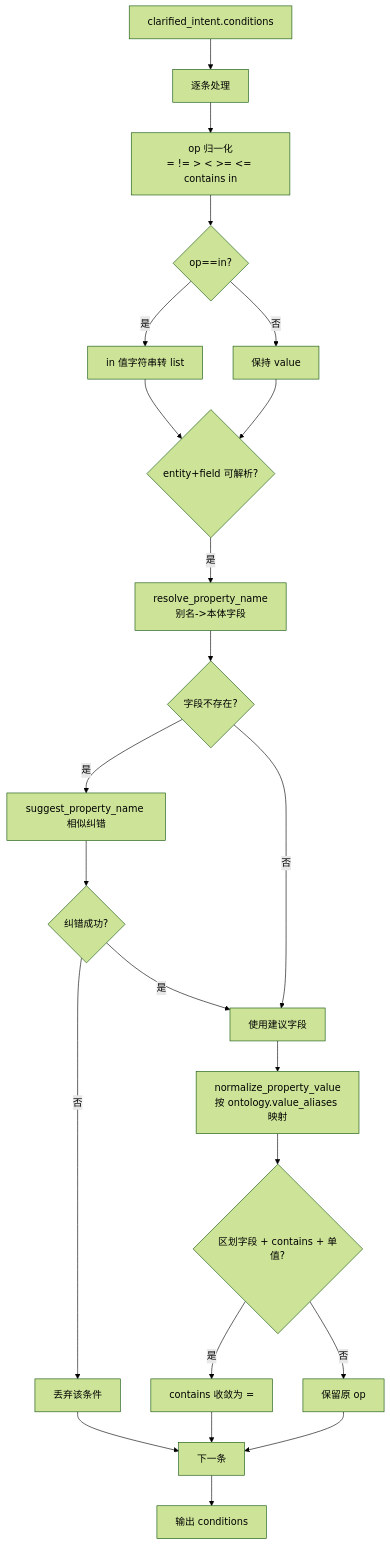
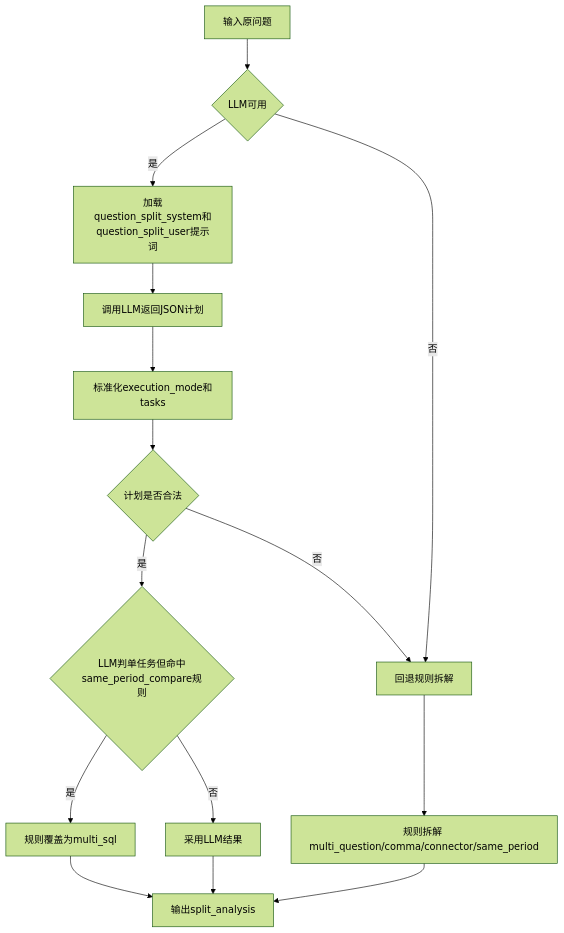
One commit to fengjianhuaxin/testtodsl changed the second of 8 diagrams in docs/pipeline_flow_detailed.md. Above: the diagram before and after it, drawn with Mermaid (forest theme). The commit also changed other lines of this file, not shown here.

Commit message:
docs: refresh pipeline flowchart for split planner and inner/left join

````diff
--- a/docs/pipeline_flow_detailed.md
+++ b/docs/pipeline_flow_detailed.md
@@ -94,32 +35,20 @@
 ```mermaid
 flowchart TD
-    B0[clarified_intent.conditions] --> B1[逐条处理]
-    B1 --> B2[op 归一化
-= != > < >= <= contains in]
-    B2 --> B3{op==in?}
-    B3 -- 是 --> B4[in 值字符串转 list]
-    B3 -- 否 --> B5[保持 value]
-    B4 --> B6
-    B5 --> B6
+    A0[输入原问题] --> A1{LLM可用}
 
-    B6{entity+field 可解析?}
-    B6 -- 是 --> B7[resolve_property_name
-别名->本体字段]
-    B7 --> B8{字段不存在?}
-    B8 -- 是 --> B9[suggest_property_name 相似纠错]
-    B9 --> B10{纠错成功?}
-    B10 -- 否 --> B11[丢弃该条件]
-    B10 -- 是 --> B12[使用建议字段]
-    B8 -- 否 --> B12
+    A1 -- 是 --> B1[加载question_split_system和question_split_user提示词]
+    B1 --> B2[调用LLM返回JSON计划]
+    B2 --> B3[标准化execution_mode和tasks]
+    B3 --> B4{计划是否合法}
+    B4 -- 否 --> C1[回退规则拆解]
+    B4 -- 是 --> B5{LLM判单任务但命中same_period_compare规则}
+    B5 -- 是 --> B6[规则覆盖为multi_sql]
+    B5 -- 否 --> B7[采用LLM结果]
 
-    B12 --> B13[normalize_property_value
-按 ontology.value_aliases 映射]
-    B13 --> B14{区划字段 + contains + 单值?}
-    B14 -- 是 --> B15[contains 收敛为 =]
-    B14 -- 否 --> B16[保留原 op]
+    A1 -- 否 --> C1
 
-    B11 --> B17[下一条]
-    B15 --> B17
-    B16 --> B17
-    B17 --> B18[输出 conditions]
+    C1 --> C2[规则拆解 multi_question/comma/connector/same_period]
+    B6 --> D1[输出split_analysis]
+    B7 --> D1
+    C2 --> D1
 ```
````
